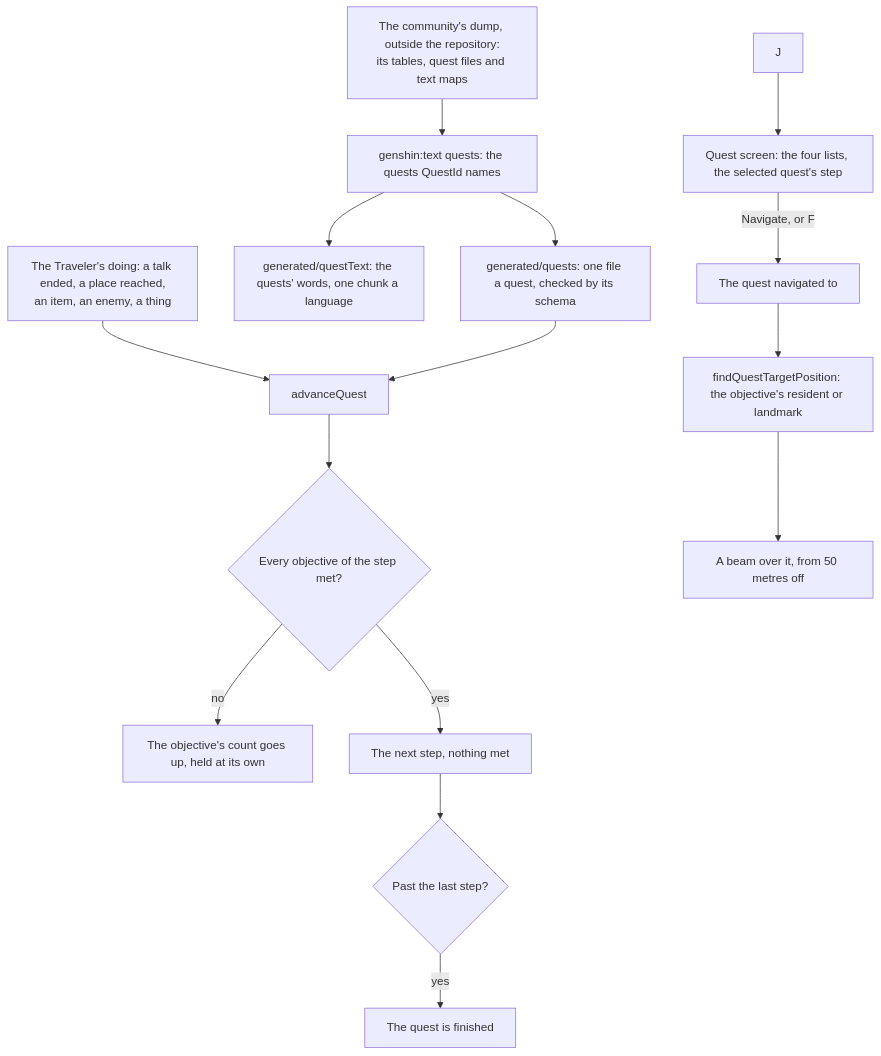
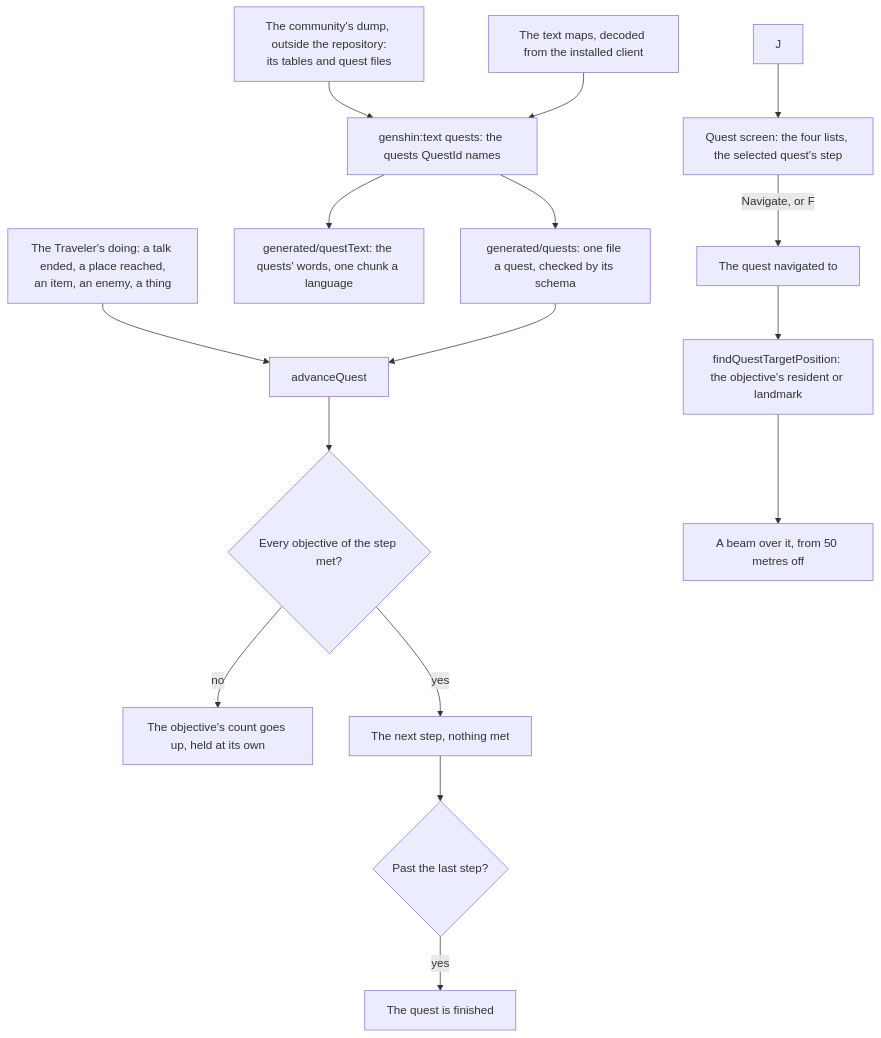
Before and after one commit to Esposter/Esposter: the diagram in apps/web/content/docs/genshin/quests.md, drawn with Mermaid. The commit also changed other lines of this file and 7 other files, not shown here.

Commit message:
docs(genshin): the text maps decode from the installed client, the tables stay the dump's for the reason the metadata route found, and AnimeGameData links to its GitHub mirror

````diff
--- a/apps/web/content/docs/genshin/quests.md
+++ b/apps/web/content/docs/genshin/quests.md
@@ -12,17 +12,18 @@
 ```mermaid
 flowchart TD
-  DUMP["The community's dump, outside the repository:<br/>its tables, quest files and text maps"] --> READ["genshin:text quests: the quests QuestId names"]
+  DUMP["The community's dump, outside the repository:<br/>its tables and quest files"] --> READ["genshin:text quests: the quests QuestId names"]
+  DECODE["The text maps, decoded from the installed client"] --> READ
   READ --> FILES["generated/quests: one file a quest, checked by its schema"]
   READ --> WORDS["generated/questText: the quests' words, one chunk a language"]
   DOING["The Traveler's doing: a talk ended, a place reached,<br/>an item, an enemy, a thing"] --> ADVANCE["advanceQuest"]
   FILES --> ADVANCE
   ADVANCE --> MET{"Every objective of the step met?"}
   MET -->|"no"| COUNT["The objective's count goes up, held at its own"]
   MET -->|"yes"| STEP["The next step, nothing met"]
   STEP --> DONE{"Past the last step?"}
   DONE -->|"yes"| FINISHED["The quest is finished"]
   J["J"] --> SCREEN["Quest screen: the four lists, the selected quest's step"]
   SCREEN -->|"Navigate, or F"| TRACKED["The quest navigated to"]
   TRACKED --> TARGET["findQuestTargetPosition: the objective's resident or landmark"]
   TARGET --> BEAM["A beam over it, from 50 metres off"]
 ```
````
